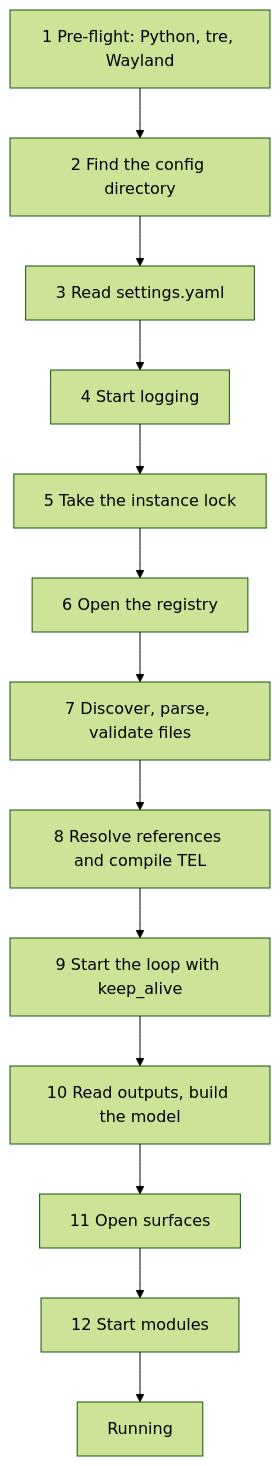
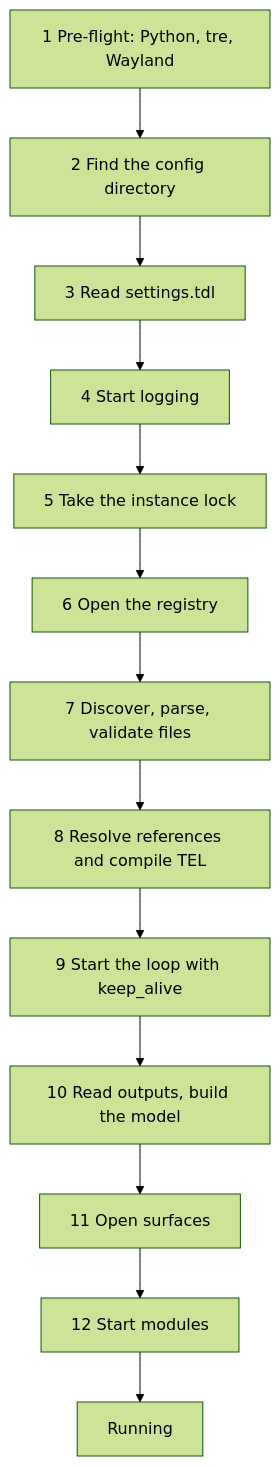
Before and after one commit to mindderivative/tess-shell: the diagram in 40 Specifications/Runtime/Shell Start and Stop.md, drawn with Mermaid (forest theme). The commit also changed other lines of this file and 15 other files, not shown here.

````diff
--- a/40 Specifications/Runtime/Shell Start and Stop.md
+++ b/40 Specifications/Runtime/Shell Start and Stop.md
@@ -42,15 +42,15 @@
 ```mermaid
 flowchart TD
     a[1 Pre-flight: Python, tre, Wayland] --> b[2 Find the config directory]
-    b --> c[3 Read settings.yaml]
+    b --> c[3 Read settings.tdl]
     c --> d[4 Start logging]
     d --> e[5 Take the instance lock]
     e --> f[6 Open the registry]
     f --> g[7 Discover, parse, validate files]
     g --> h[8 Resolve references and compile TEL]
     h --> i[9 Start the loop with keep_alive]
     i --> j[10 Read outputs, build the model]
     j --> k[11 Open surfaces]
     k --> l[12 Start modules]
     l --> m[Running]
 ```
````
